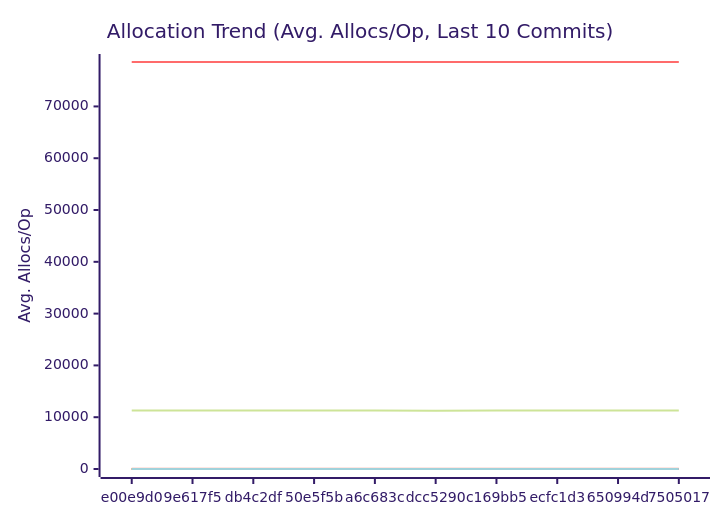
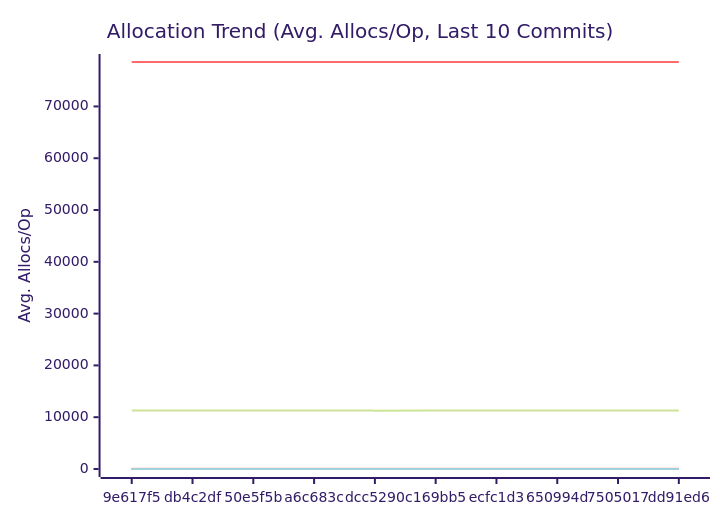
Before and after one commit to alsotoes/momo: the third of 3 diagrams in docs/PERFORMANCE.md, drawn with Mermaid (forest theme). The commit also changed other lines of this file and 3 other files, not shown here.

````diff
--- a/docs/PERFORMANCE.md
+++ b/docs/PERFORMANCE.md
@@ -197,20 +197,20 @@
 ```mermaid
 xychart-beta
     title "Allocation Trend (Avg. Allocs/Op, Last 10 Commits)"
     x-axis "Commit"
     y-axis "Avg. Allocs/Op"
-    x-axis [e00e9d0,9e617f5,db4c2df,50e5f5b,a6c683c,dcc5290,c169bb5,ecfc1d3,650994d,7505017]
-    line "AWSChunkedReaderSigned" [11274,11275,11292,11274,11284,11270,11276,11273,11274,11278]
-    line "AWSChunkedReaderUnsigned" [78570,78558,78578,78566,78561,78559,78564,78563,78571,78563]
+    x-axis [9e617f5,db4c2df,50e5f5b,a6c683c,dcc5290,c169bb5,ecfc1d3,650994d,7505017,dd91ed6]
+    line "AWSChunkedReaderSigned" [11275,11292,11274,11284,11270,11276,11273,11274,11278,11271]
+    line "AWSChunkedReaderUnsigned" [78558,78578,78566,78561,78559,78564,78563,78571,78563,78564]
     line "CheckMetricsAndSwap" [0,0,0,0,0,0,0,0,0,0]
     line "CrushOptimized" [0,0,0,0,0,0,0,0,0,0]
     line "CrushOriginal" [3,3,3,3,3,3,3,3,3,3]
     line "IndexDirectTracking" [0,0,0,0,0,0,0,0,0,0]
     line "IndexSearch" [0,0,0,0,0,0,0,0,0,0]
     line "LoadGlobalConfig" [54,54,54,54,54,54,54,54,54,54]
     line "PadString" [1,1,1,1,1,1,1,1,1,1]
     line "ParseReplicationOrder_NoPrealloc" [6,6,6,6,6,5,5,5,5,5]
     line "ParseReplicationOrder_Prealloc" [2,2,2,2,2,1,1,1,1,1]
     line "SanitizeLog/Safe" [0,0,0,0,0,0,0,0,0,0]
     line "SanitizeLog/Unsafe" [1,1,1,1,1,1,1,1,1,1]
 ```
````
